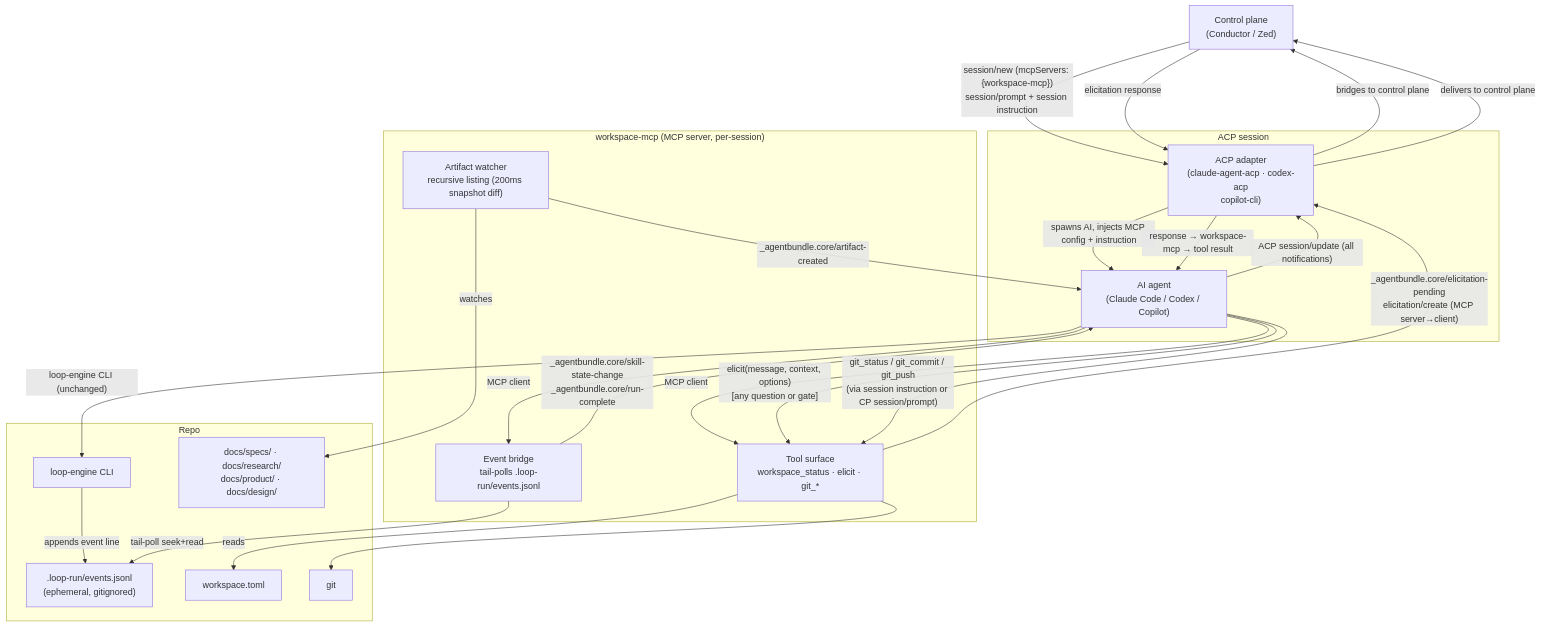
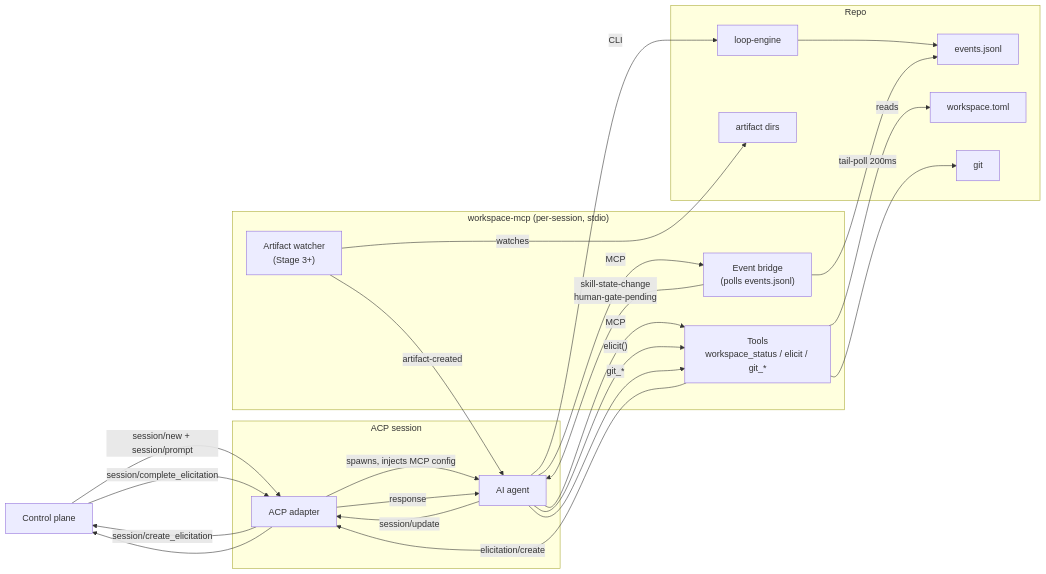
The diagram in docs/architecture/workspace-mcp/design.md (eugenelim/agent-ready-repo), drawn with Mermaid before and after one commit. The commit also changed other lines of this file and 5 other files, not shown here.

````diff
--- a/docs/architecture/workspace-mcp/design.md
+++ b/docs/architecture/workspace-mcp/design.md
@@ -67,44 +53,44 @@
 ```mermaid
-flowchart TD
-    CP["Control plane\n(Conductor / Zed)"]
+flowchart LR
+    CP["Control plane"]
 
-    subgraph "ACP session"
-        ACA["ACP adapter\n(claude-agent-acp · codex-acp\ncopilot-cli)"]
-        CC["AI agent\n(Claude Code / Codex / Copilot)"]
+    subgraph acpsession["ACP session"]
+        ACA["ACP adapter"]
+        CC["AI agent"]
     end
 
-    subgraph "workspace-mcp (MCP server, per-session)"
-        EB["Event bridge\ntail-polls .loop-run/events.jsonl"]
-        TS["Tool surface\nworkspace_status · elicit · git_*"]
-        AW["Artifact watcher\nrecursive listing (200ms snapshot diff)"]
+    subgraph wmcp["workspace-mcp (per-session, stdio)"]
+        EB["Event bridge<br/>(polls events.jsonl)"]
+        TS["Tools<br/>workspace_status / elicit / git_*"]
+        AW["Artifact watcher<br/>(Stage 3+)"]
     end
 
-    subgraph "Repo"
-        LE["loop-engine CLI"]
-        EJ[".loop-run/events.jsonl\n(ephemeral, gitignored)"]
+    subgraph repofs["Repo"]
+        LE["loop-engine"]
+        EJ["events.jsonl"]
         WT["workspace.toml"]
-        SD["docs/specs/ · docs/research/\ndocs/product/ · docs/design/"]
+        SD["artifact dirs"]
         GIT["git"]
     end
 
-    CP -- "session/new (mcpServers: {workspace-mcp})\nsession/prompt + session instruction" --> ACA
-    ACA -- "spawns AI, injects MCP config + instruction" --> CC
-    CC -- "MCP client" --> EB
-    CC -- "MCP client" --> TS
-    CC -- "loop-engine CLI (unchanged)" --> LE
-    LE -- "appends event line" --> EJ
-    EB -- "tail-poll seek+read" --> EJ
-    EB -- "_agentbundle.core/skill-state-change\n_agentbundle.core/run-complete" --> CC
-    CC -- "elicit(message, context, options)\n[any question or gate]" --> TS
-    TS -- "_agentbundle.core/elicitation-pending\nelicitation/create (MCP server→client)" --> ACA
-    ACA -- "bridges to control plane" --> CP
-    CP -- "elicitation response" --> ACA
-    ACA -- "response → workspace-mcp → tool result" --> CC
-    TS -- "reads" --> WT
-    AW -- "watches" --> SD
-    AW -- "_agentbundle.core/artifact-created" --> CC
-    CC -- "ACP session/update (all notifications)" --> ACA
-    ACA -- "delivers to control plane" --> CP
-    CC -- "git_status / git_commit / git_push\n(via session instruction or CP session/prompt)" --> TS
+    CP -->|"session/new + session/prompt"| ACA
+    ACA -->|"spawns, injects MCP config"| CC
+    CC -->|"MCP"| EB
+    CC -->|"MCP"| TS
+    CC -->|"CLI"| LE
+    LE --> EJ
+    EB -->|"tail-poll 200ms"| EJ
+    EB -->|"skill-state-change<br/>human-gate-pending"| CC
+    CC -->|"elicit()"| TS
+    TS -->|"elicitation/create"| ACA
+    ACA -->|"session/create_elicitation"| CP
+    CP -->|"session/complete_elicitation"| ACA
+    ACA -->|"response"| CC
+    TS -->|"reads"| WT
+    AW -->|"watches"| SD
+    AW -->|"artifact-created"| CC
+    CC -->|"session/update"| ACA
+    ACA --> CP
+    CC -->|"git_*"| TS
     TS --> GIT
 ```
````
